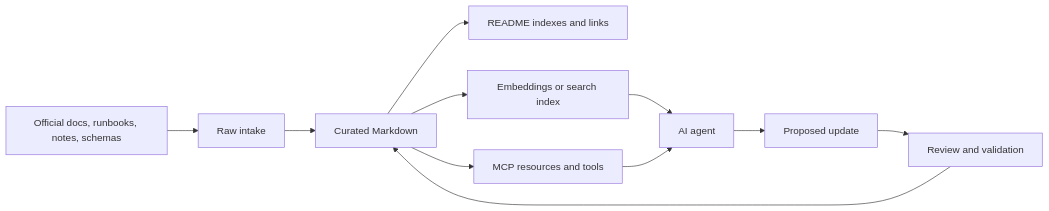
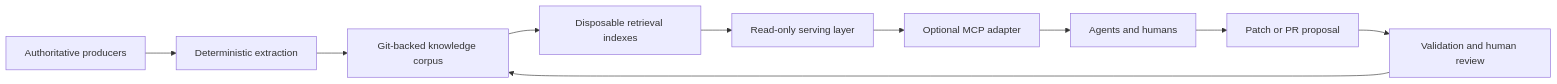
The diagram in ai/ai-tooling/knowledge-bases-creation-management-and-optimization.md (David-A18/MY-humble-knowledge-for-everyone), drawn with Mermaid before and after one commit. The commit also changed other lines of this file and 36 other files, not shown here.

Commit message:
docs: add agent knowledge-base reference architecture

````diff
--- a/ai/ai-tooling/knowledge-bases-creation-management-and-optimization.md
+++ b/ai/ai-tooling/knowledge-bases-creation-management-and-optimization.md
@@ -19,13 +13,12 @@
 ```mermaid
 flowchart LR
-    Sources["Official docs, runbooks, notes, schemas"] --> Intake["Raw intake"]
-    Intake --> Curated["Curated Markdown"]
-    Curated --> Indexes["README indexes and links"]
-    Curated --> Retrieval["Embeddings or search index"]
-    Curated --> MCP["MCP resources and tools"]
-    Retrieval --> Agent["AI agent"]
-    MCP --> Agent
-    Agent --> Proposal["Proposed update"]
-    Proposal --> Review["Review and validation"]
-    Review --> Curated
+    Producers["Authoritative producers"] --> Extraction["Deterministic extraction"]
+    Extraction --> Corpus["Git-backed knowledge corpus"]
+    Corpus --> Indexes["Disposable retrieval indexes"]
+    Indexes --> Serving["Read-only serving layer"]
+    Serving --> MCP["Optional MCP adapter"]
+    MCP --> Agents["Agents and humans"]
+    Agents --> Proposal["Patch or PR proposal"]
+    Proposal --> Review["Validation and human review"]
+    Review --> Corpus
 ```
````
